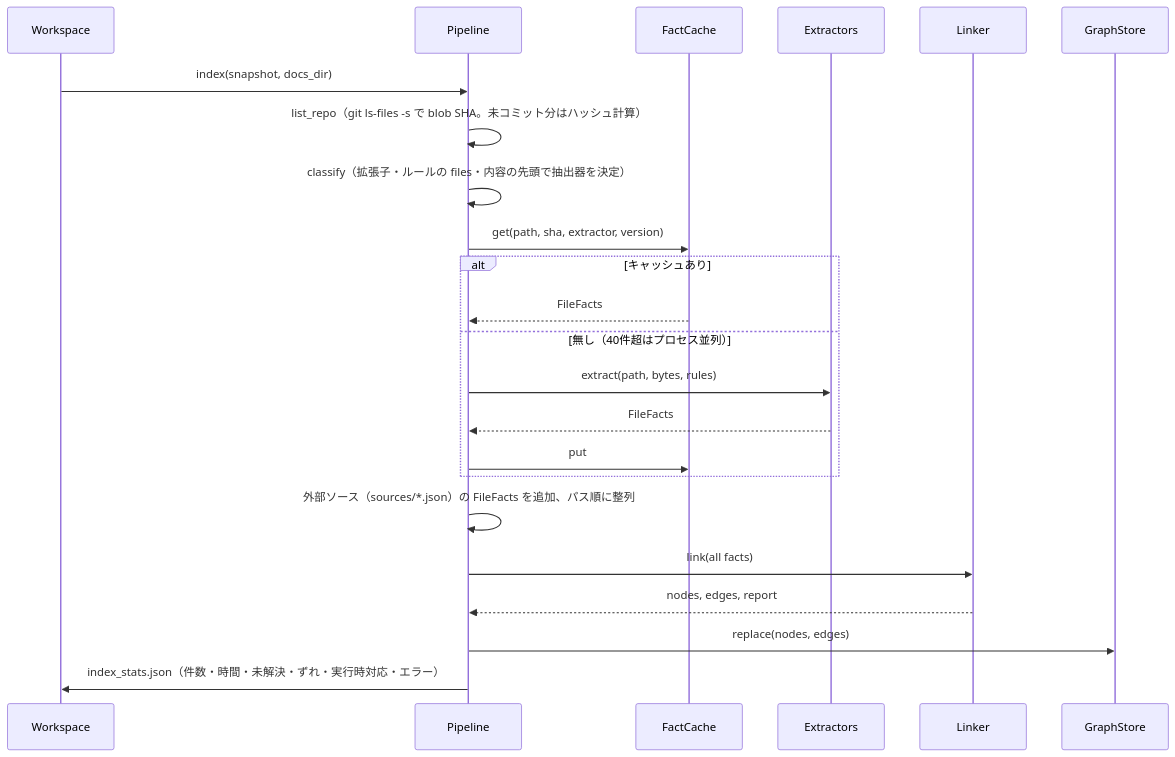
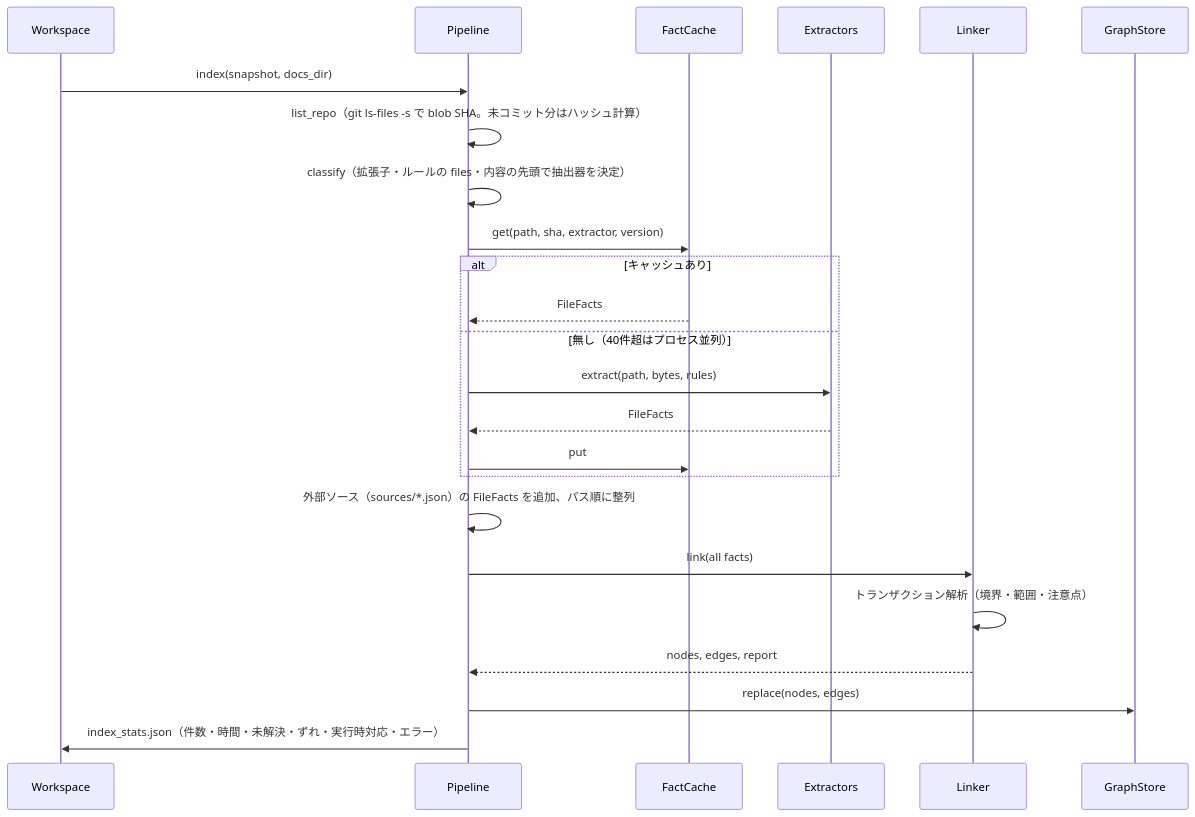
Before and after one commit to mstkfeb20-collab/himotoki: the second of 5 diagrams in docs/ARCHITECTURE.md, drawn with Mermaid. The commit also changed other lines of this file and 62 other files, not shown here.

First line of the commit message:
SoR cross-server links, transaction analysis and system graphs

````diff
--- a/docs/ARCHITECTURE.md
+++ b/docs/ARCHITECTURE.md
@@ -148,25 +148,26 @@
 ```mermaid
 sequenceDiagram
   participant WS as Workspace
   participant P as Pipeline
   participant FC as FactCache
   participant X as Extractors
   participant LK as Linker
   participant ST as GraphStore
   WS->>P: index(snapshot, docs_dir)
   P->>P: list_repo（git ls-files -s で blob SHA。未コミット分はハッシュ計算）
   P->>P: classify（拡張子・ルールの files・内容の先頭で抽出器を決定）
   P->>FC: get(path, sha, extractor, version)
   alt キャッシュあり
     FC-->>P: FileFacts
   else 無し（40件超はプロセス並列）
     P->>X: extract(path, bytes, rules)
     X-->>P: FileFacts
     P->>FC: put
   end
   P->>P: 外部ソース（sources/*.json）の FileFacts を追加、パス順に整列
   P->>LK: link(all facts)
+  LK->>LK: トランザクション解析（境界・範囲・注意点）
   LK-->>P: nodes, edges, report
   P->>ST: replace(nodes, edges)
   P->>WS: index_stats.json（件数・時間・未解決・ずれ・実行時対応・エラー）
 ```
````
